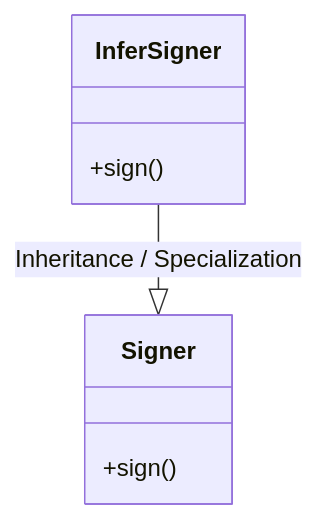
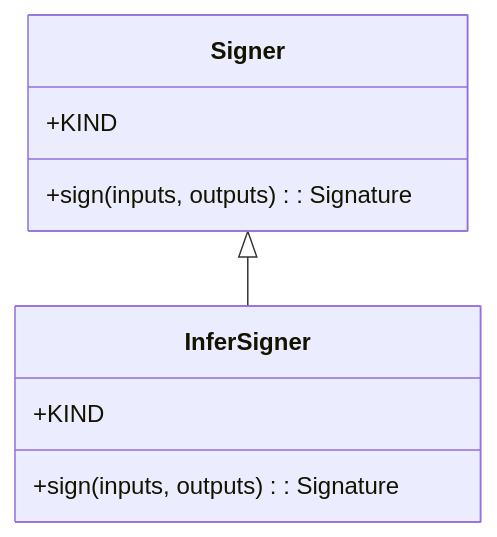
The first of 4 diagrams in openwiki/src/regression_model_template/utils/signers.md (lgcorzo/mlops-python-package), drawn with Mermaid before and after one commit. The commit also changed other lines of this file and 91 other files, not shown here.

````diff
--- a/openwiki/src/regression_model_template/utils/signers.md
+++ b/openwiki/src/regression_model_template/utils/signers.md
@@ -20,11 +21,12 @@
 ```mermaid
 classDiagram
-    direction BT
     class Signer {
-        +sign()
+        +KIND
+        +sign(inputs, outputs) : Signature
     }
     class InferSigner {
-        +sign()
+        +KIND
+        +sign(inputs, outputs) : Signature
     }
-    Signer <|-- InferSigner : Inheritance / Specialization
+    Signer <|-- InferSigner
 ```
````
